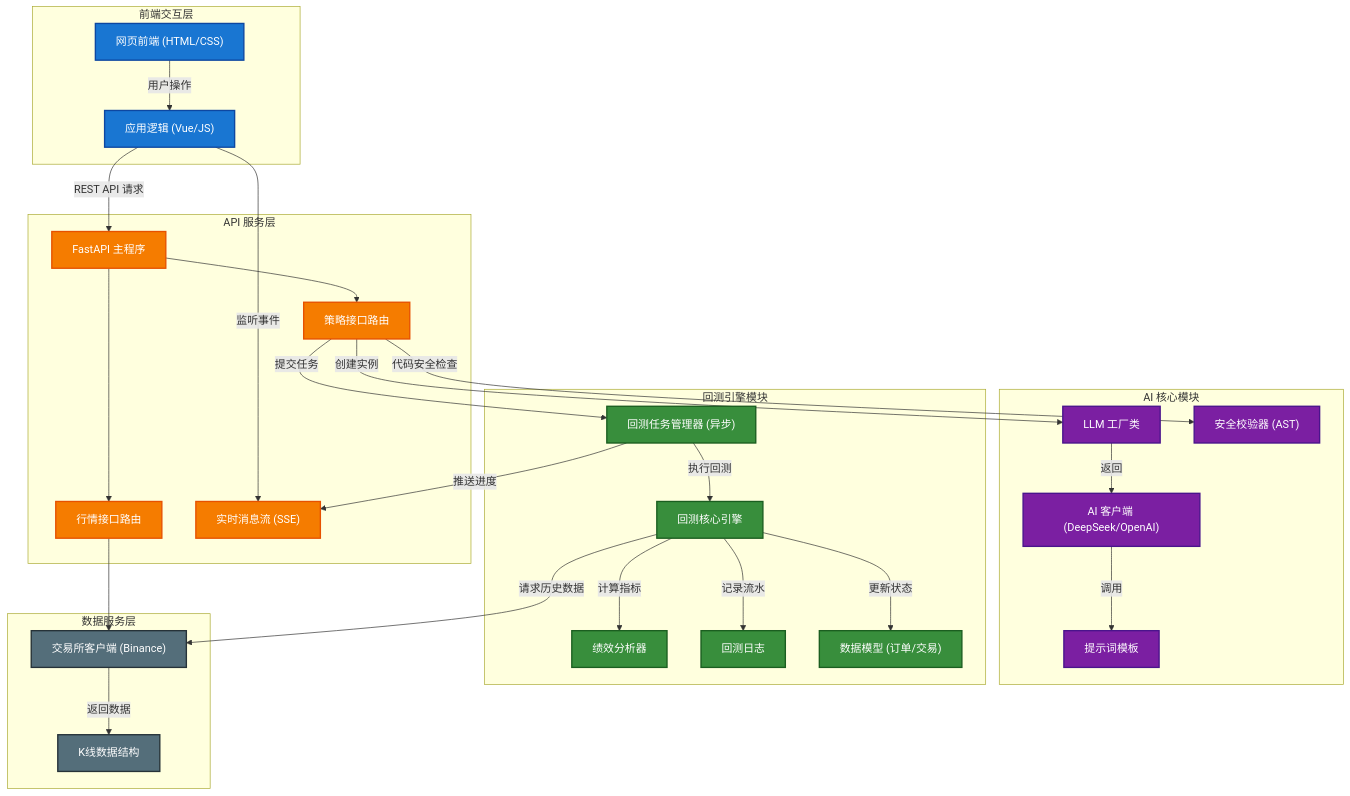
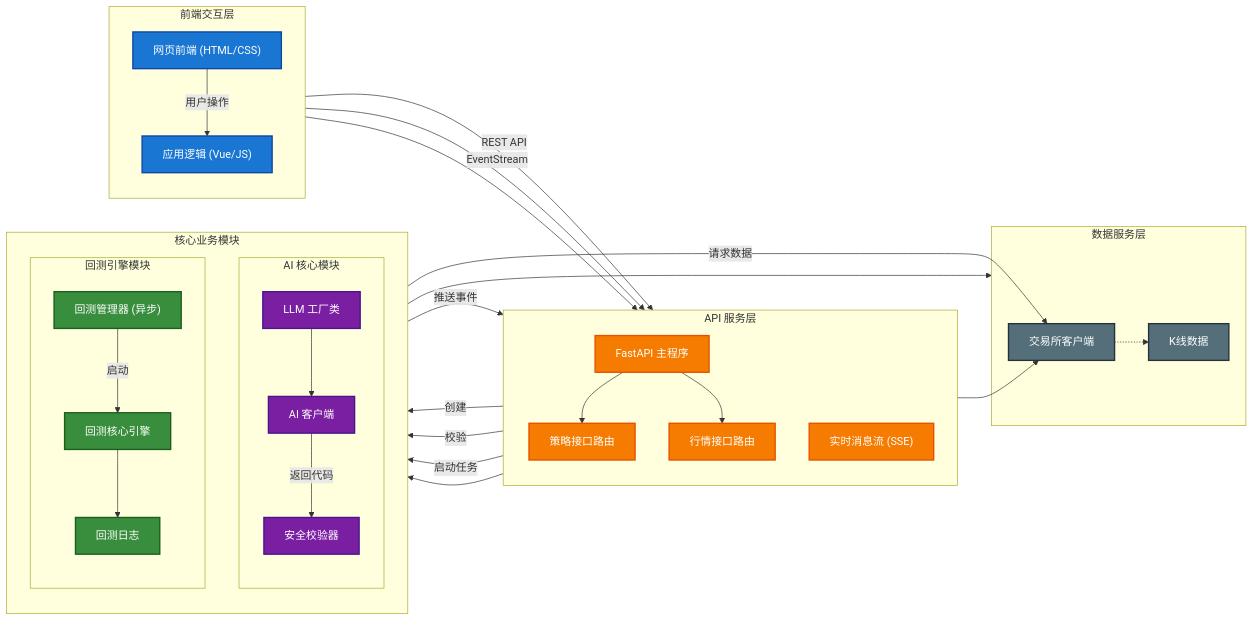
One commit to ivecoGolden/PyQuantAlpha changed the first of 3 diagrams in docs/ARCHITECTURE_DIAGRAM.md. Above: the diagram before and after it, drawn with Mermaid.

Commit message:
docs: Update architecture diagram.

````diff
--- a/docs/ARCHITECTURE_DIAGRAM.md
+++ b/docs/ARCHITECTURE_DIAGRAM.md
@@ -7,5 +7,5 @@
 ```mermaid
-graph TD
+graph LR
     %% 样式定义 - 使用高对比度颜色搭配白色文字
     classDef front fill:#1976D2,stroke:#0D47A1,stroke-width:2px,color:white;
     classDef api fill:#F57C00,stroke:#E65100,stroke-width:2px,color:white;
@@ -13,67 +13,77 @@
     classDef backtest fill:#388E3C,stroke:#1B5E20,stroke-width:2px,color:white;
     classDef data fill:#546E7A,stroke:#263238,stroke-width:2px,color:white;
 
-    %% 前端层
+    %% 前端层 (左侧入口)
     subgraph Frontend [前端交互层]
+        direction TB
         UI["网页前端 (HTML/CSS)"]:::front
         JS["应用逻辑 (Vue/JS)"]:::front
+        UI -->|用户操作| JS
     end
 
-    %% API 层
+    %% API 层 (中间网关)
     subgraph API [API 服务层]
+        direction TB
         FastAPI["FastAPI 主程序"]:::api
         Route_Strat["策略接口路由"]:::api
         Route_Klines["行情接口路由"]:::api
         SSE["实时消息流 (SSE)"]:::api
+        
+        FastAPI --> Route_Strat
+        FastAPI --> Route_Klines
     end
 
-    %% AI 核心
-    subgraph AICore [AI 核心模块]
-        Factory["LLM 工厂类"]:::ai
-        Client["AI 客户端 (DeepSeek/OpenAI)"]:::ai
-        Prompt["提示词模板"]:::ai
-        Validator["安全校验器 (AST)"]:::ai
+    %% 核心业务模块 (右侧并行)
+    subgraph Core [核心业务模块]
+        direction TB
+        
+        %% AI 核心
+        subgraph AICore [AI 核心模块]
+            direction TB
+            Factory["LLM 工厂类"]:::ai
+            Client["AI 客户端"]:::ai
+            Validator["安全校验器"]:::ai
+            
+            Factory -->Client
+        end
+
+        %% 回测引擎
+        subgraph Backtest [回测引擎模块]
+            direction TB
+            Manager["回测管理器 (异步)"]:::backtest
+            Engine["回测核心引擎"]:::backtest
+            Logger["回测日志"]:::backtest
+            
+            Manager -->|启动| Engine
+            Engine --> Logger
+        end
     end
 
-    %% 回测引擎
-    subgraph Backtest [回测引擎模块]
-        Manager["回测任务管理器 (异步)"]:::backtest
-        Engine["回测核心引擎"]:::backtest
-        Analyzer["绩效分析器"]:::backtest
-        Logger["回测日志"]:::backtest
-        Models["数据模型 (订单/交易)"]:::backtest
+    %% 数据层 (底层支撑)
+    subgraph Data [数据服务层]
+        Binance["交易所客户端"]:::data
+        Bar["K线数据"]:::data
+        Binance -.-> Bar
     end
 
-    %% 数据层
-    subgraph Data [数据服务层]
-        Binance["交易所客户端 (Binance)"]:::data
-        Bar["K线数据结构"]:::data
-    end
+    %% 跨层连接
+    JS -->|REST API| FastAPI
+    JS -->|EventStream| SSE
 
-    %% 关系流向
-    UI -->|用户操作| JS
-    JS -->|REST API 请求| FastAPI
-    JS -->|监听事件| SSE
+    %% 路由分发
+    Route_Strat -->|创建| Factory
+    Route_Strat -->|校验| Validator
+    Route_Strat -->|启动任务| Manager
+    
+    Route_Klines --> Binance
+    
+    %% 流程连接
+    Client -->|返回代码| Validator
+    Manager -->|推送事件| SSE
+    Engine -->|请求数据| Binance
 
-    FastAPI --> Route_Strat
-    FastAPI --> Route_Klines
-
-    %% 策略生成流
-    Route_Strat -->|创建实例| Factory
-    Factory -->|返回| Client
-    Client -->|调用| Prompt
-    Route_Strat -->|代码安全检查| Validator
-
-    %% 回测流
-    Route_Strat -->|提交任务| Manager
-    Manager -->|推送进度| SSE
-    Manager -->|执行回测| Engine
-    Engine -->|记录流水| Logger
-    Engine -->|计算指标| Analyzer
-    Engine -->|更新状态| Models
-
-    %% 数据流
-    Route_Klines --> Binance
-    Engine -->|请求历史数据| Binance
-    Binance -->|返回数据| Bar
+    %% 布局调整
+    Frontend --> API
+    API --> Core
+    Core --> Data
 ```
````
